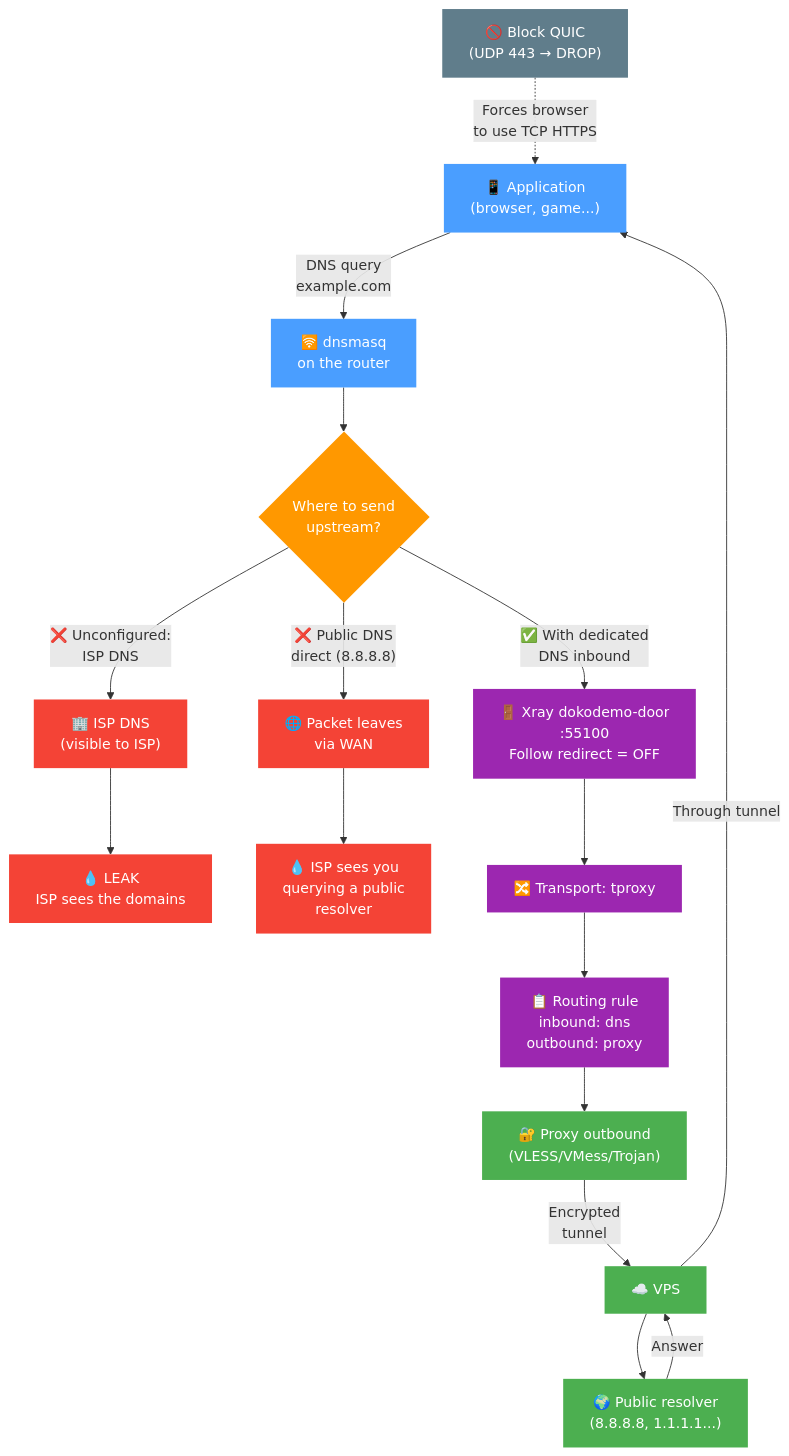
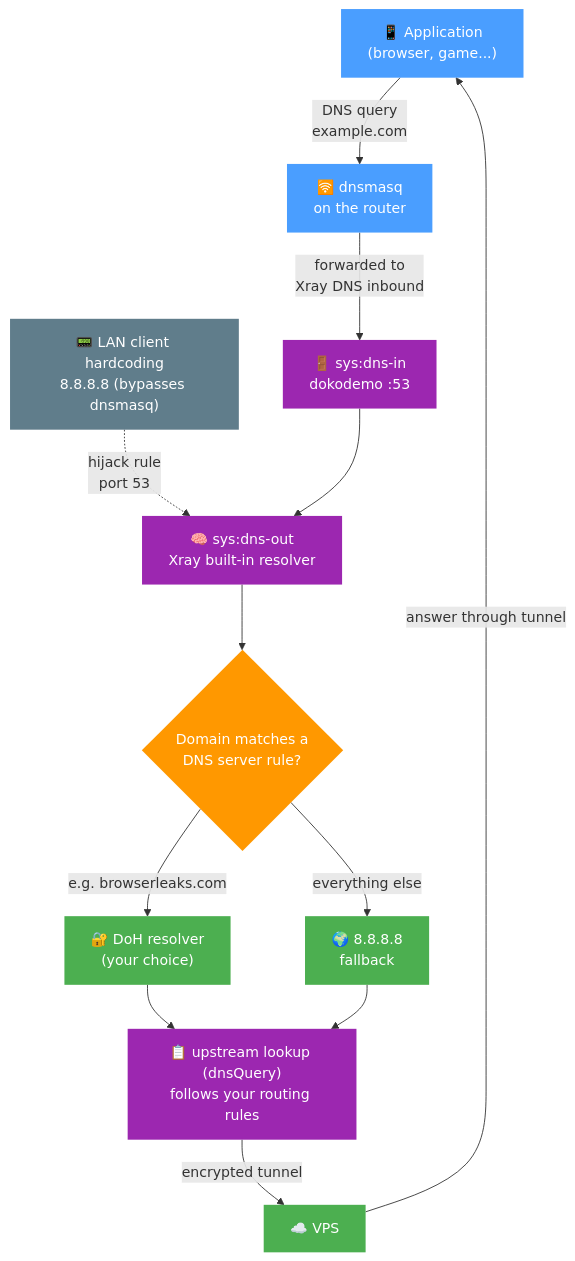
The diagram in docs/xrayui/en/dns-leak.md (DanielLavrushin/asuswrt-merlin-xrayui), drawn with Mermaid before and after one commit. The commit also changed other lines of this file and 16 other files, not shown here.

Commit message:
fix: resolve DNS leak issues and improve routing rules count display … (#368)

````diff
--- a/docs/xrayui/en/dns-leak.md
+++ b/docs/xrayui/en/dns-leak.md
@@ -31,39 +31,26 @@
 ```mermaid
 flowchart TD
     App["📱 Application<br/>(browser, game...)"] -->|"DNS query<br/>example.com"| Dnsmasq["🛜 dnsmasq<br/>on the router"]
+    Dnsmasq -->|"forwarded to<br/>Xray DNS inbound"| DnsIn["🚪 sys:dns-in<br/>dokodemo :53"]
+    Bypass["📟 LAN client hardcoding<br/>8.8.8.8 (bypasses dnsmasq)"] -.->|"hijack rule<br/>port 53"| Resolver
 
-    Dnsmasq --> Decide{"Where to send<br/>upstream?"}
-
-    Decide -->|"❌ Unconfigured:<br/>ISP DNS"| ISP["🏢 ISP DNS<br/>(visible to ISP)"]
-    ISP --> Leak["💧 LEAK<br/>ISP sees the domains"]
-
-    Decide -->|"❌ Public DNS<br/>direct (8.8.8.8)"| QuicLeak["🌐 Packet leaves<br/>via WAN"]
-    QuicLeak --> Leak2["💧 ISP sees you<br/>querying a public<br/>resolver"]
-
-    Decide -->|"✅ With dedicated<br/>DNS inbound"| DnsInbound["🚪 Xray dokodemo-door<br/>:55100<br/>Follow redirect = OFF"]
-
-    DnsInbound --> TProxy["🔀 Transport: tproxy"]
-    TProxy --> Route["📋 Routing rule<br/>inbound: dns<br/>outbound: proxy"]
-    Route --> Proxy["🔐 Proxy outbound<br/>(VLESS/VMess/Trojan)"]
-    Proxy -->|"Encrypted<br/>tunnel"| VPS["☁️ VPS"]
-    VPS --> Resolver["🌍 Public resolver<br/>(8.8.8.8, 1.1.1.1...)"]
-    Resolver -->|"Answer"| VPS
-    VPS -->|"Through tunnel"| App
-
-    QuicBlock["🚫 Block QUIC<br/>(UDP 443 → DROP)"] -.->|"Forces browser<br/>to use TCP HTTPS"| App
+    DnsIn --> Resolver["🧠 sys:dns-out<br/>Xray built-in resolver"]
+    Resolver --> Pick{"Domain matches a<br/>DNS server rule?"}
+    Pick -->|"e.g. browserleaks.com"| Doh["🔐 DoH resolver<br/>(your choice)"]
+    Pick -->|"everything else"| Fallback["🌍 8.8.8.8<br/>fallback"]
+    Doh --> Upstream["📋 upstream lookup (dnsQuery)<br/>follows your routing rules"]
+    Fallback --> Upstream
+    Upstream -->|"encrypted tunnel"| VPS["☁️ VPS"]
+    VPS -->|"answer through tunnel"| App
 
     style App fill:#4a9eff,color:#fff,stroke:none
     style Dnsmasq fill:#4a9eff,color:#fff,stroke:none
-    style Decide fill:#ff9800,color:#fff,stroke:none
-    style ISP fill:#f44336,color:#fff,stroke:none
-    style Leak fill:#f44336,color:#fff,stroke:none
-    style QuicLeak fill:#f44336,color:#fff,stroke:none
-    style Leak2 fill:#f44336,color:#fff,stroke:none
-    style DnsInbound fill:#9c27b0,color:#fff,stroke:none
-    style TProxy fill:#9c27b0,color:#fff,stroke:none
-    style Route fill:#9c27b0,color:#fff,stroke:none
-    style Proxy fill:#4caf50,color:#fff,stroke:none
+    style Bypass fill:#607d8b,color:#fff,stroke:none
+    style DnsIn fill:#9c27b0,color:#fff,stroke:none
+    style Resolver fill:#9c27b0,color:#fff,stroke:none
+    style Pick fill:#ff9800,color:#fff,stroke:none
+    style Doh fill:#4caf50,color:#fff,stroke:none
+    style Fallback fill:#4caf50,color:#fff,stroke:none
+    style Upstream fill:#9c27b0,color:#fff,stroke:none
     style VPS fill:#4caf50,color:#fff,stroke:none
-    style Resolver fill:#4caf50,color:#fff,stroke:none
-    style QuicBlock fill:#607d8b,color:#fff,stroke:none
 ```
````
